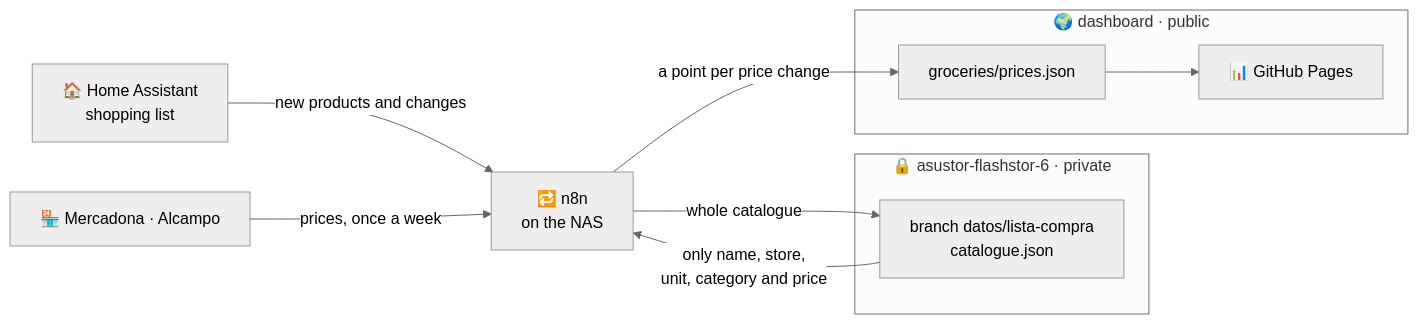
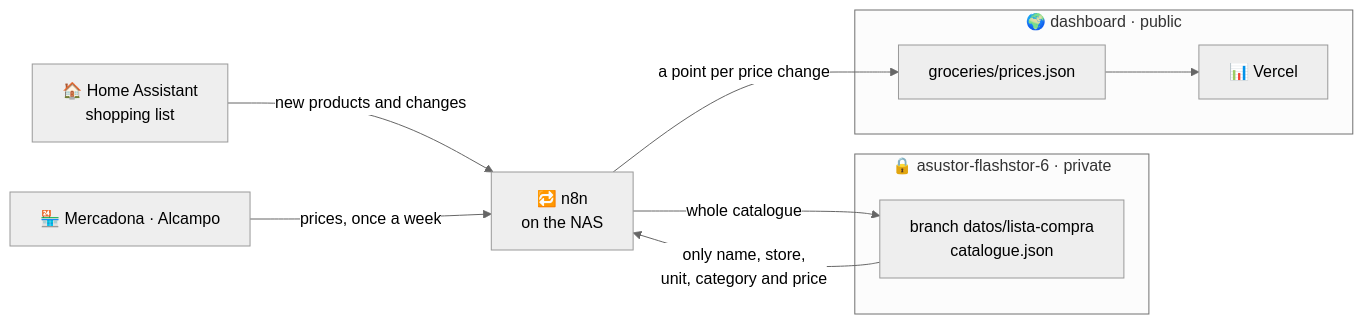
Before and after one commit to moilolon/dashboard: the diagram in README.md, drawn with Mermaid (neutral theme). The commit also changed other lines of this file and 2 other files, not shown here.

Commit message:
Serve the site from Vercel at dashboard.moilolon.com, with analytics and speed insights

````diff
--- a/README.md
+++ b/README.md
@@ -46,22 +46,22 @@
 ```mermaid
 flowchart LR
     HA["🏠 Home Assistant<br/>shopping list"]
     N8N["🔁 n8n<br/>on the NAS"]
     STORES["🏪 Mercadona · Alcampo"]
 
     subgraph PRIV["🔒 asustor-flashstor-6 · private"]
         CAT["branch datos/lista-compra<br/>catalogue.json"]
     end
 
     subgraph PUB["🌍 dashboard · public"]
         JSON["groceries/prices.json"]
-        WEB["📊 GitHub Pages"]
+        WEB["📊 Vercel"]
     end
 
     HA -- "new products and changes" --> N8N
     STORES -- "prices, once a week" --> N8N
     N8N -- "whole catalogue" --> CAT
     CAT -- "only name, store,<br/>unit, category and price" --> N8N
     N8N -- "a point per price change" --> JSON
     JSON --> WEB
 ```
````
